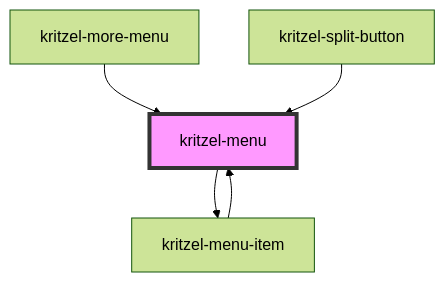
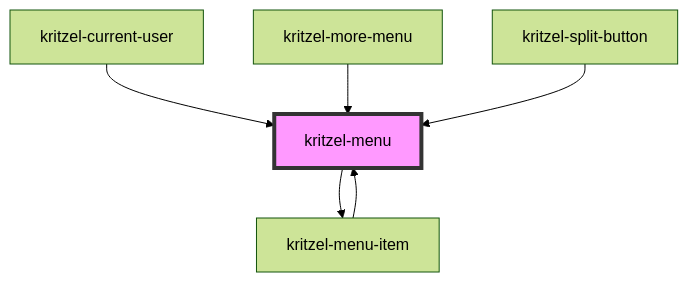
One commit to kasual1/kritzel changed the diagram in libs/kritzel-stencil/src/components/shared/kritzel-menu/readme.md. Above: the diagram before and after it, drawn with Mermaid (forest theme). The commit also changed other lines of this file and 469 other files, not shown here.

````diff
--- a/libs/kritzel-stencil/src/components/shared/kritzel-menu/readme.md
+++ b/libs/kritzel-stencil/src/components/shared/kritzel-menu/readme.md
@@ -70,8 +71,9 @@
 ```mermaid
 graph TD;
   kritzel-menu --> kritzel-menu-item
   kritzel-menu-item --> kritzel-menu
+  kritzel-current-user --> kritzel-menu
   kritzel-more-menu --> kritzel-menu
   kritzel-split-button --> kritzel-menu
   style kritzel-menu fill:#f9f,stroke:#333,stroke-width:4px
 ```
````
